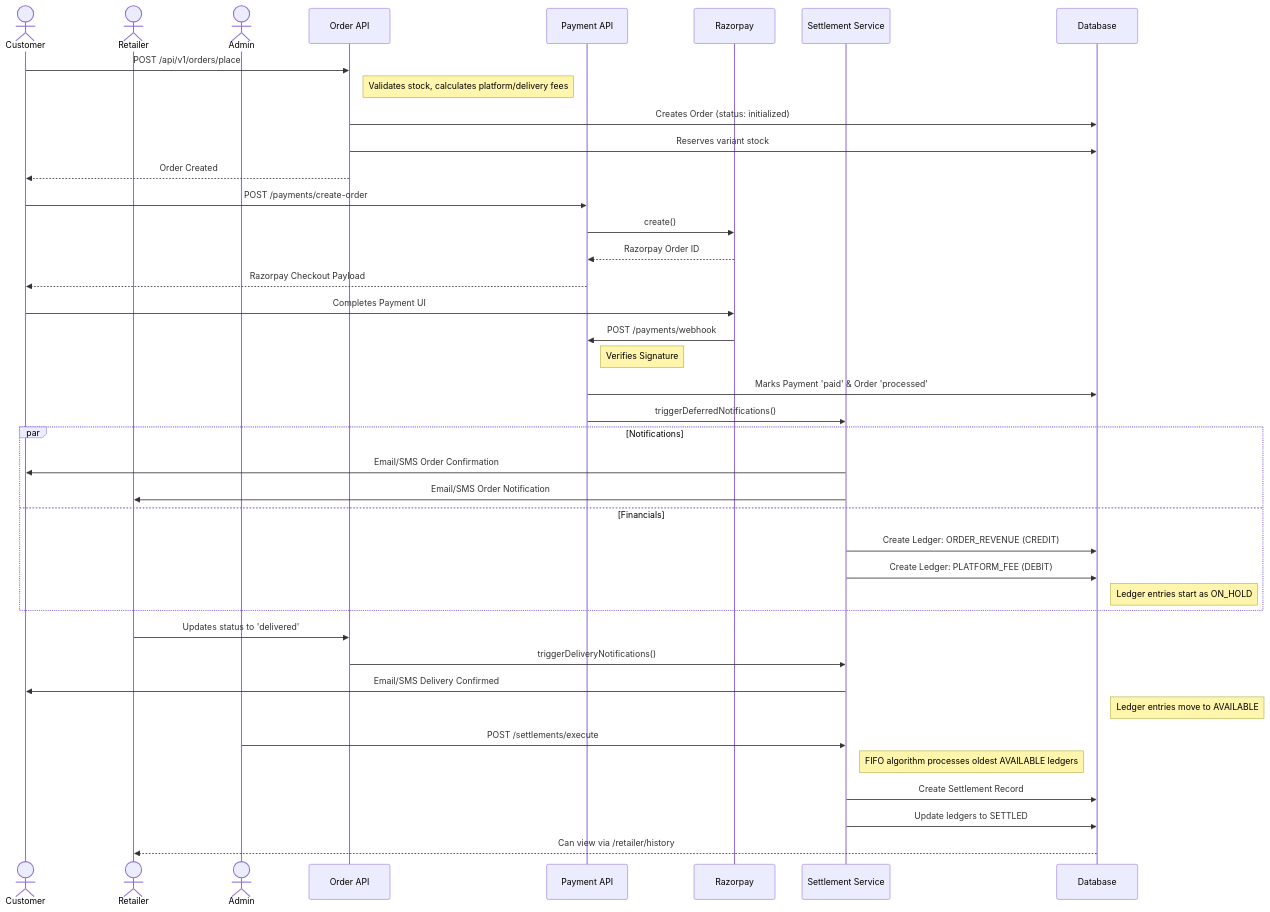
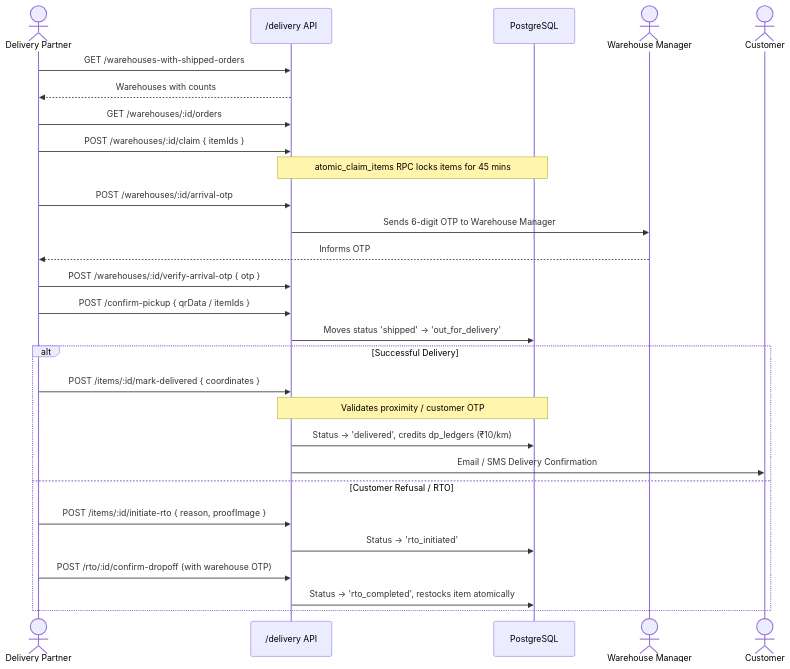
The second of 2 diagrams in server_context.md (bukizz-store/bukizz_node_server), drawn with Mermaid before and after one commit. The commit also changed other lines of this file and 14 other files, not shown here.

````diff
--- a/server_context.md
+++ b/server_context.md
@@ -1192,54 +1116,38 @@
 ```mermaid
 sequenceDiagram
-    actor Customer
-    actor Retailer
-    actor Admin
-    participant Order API
-    participant Payment API
-    participant Razorpay
-    participant Settlement Service
-    participant Database
+    actor DP as Delivery Partner
+    participant DPApi as /delivery API
+    participant DB as PostgreSQL
+    actor WH as Warehouse Manager
+    actor Cust as Customer
 
-    %% Order Placement
-    Customer->>Order API: POST /api/v1/orders/place
-    note right of Order API: Validates stock, calculates platform/delivery fees
-    Order API->>Database: Creates Order (status: initialized)
-    Order API->>Database: Reserves variant stock
-    Order API-->>Customer: Order Created
+    %% Step 1: Browse and Soft-Lock
+    DP->>DPApi: GET /warehouses-with-shipped-orders
+    DPApi-->>DP: Warehouses with counts
+    DP->>DPApi: GET /warehouses/:id/orders
+    DP->>DPApi: POST /warehouses/:id/claim { itemIds }
+    note over DPApi,DB: atomic_claim_items RPC locks items for 45 mins
 
-    %% Payment Initialization
-    Customer->>Payment API: POST /payments/create-order
-    Payment API->>Razorpay: create()
-    Razorpay-->>Payment API: Razorpay Order ID
-    Payment API-->>Customer: Razorpay Checkout Payload
+    %% Step 2: Arrival & Physical Verification
+    DP->>DPApi: POST /warehouses/:id/arrival-otp
+    DPApi->>WH: Sends 6-digit OTP to Warehouse Manager
+    WH-->>DP: Informs OTP
+    DP->>DPApi: POST /warehouses/:id/verify-arrival-otp { otp }
 
-    %% Payment Verification & Deferred Triggers
-    Customer->>Razorpay: Completes Payment UI
-    Razorpay->>Payment API: POST /payments/webhook
-    note right of Payment API: Verifies Signature
-    Payment API->>Database: Marks Payment 'paid' & Order 'processed'
+    %% Step 3: Package Pickup Scan
+    DP->>DPApi: POST /confirm-pickup { qrData / itemIds }
+    DPApi->>DB: Moves status 'shipped' -> 'out_for_delivery'
 
-    %% Settlement Ledger Creation & Notifications
-    Payment API->>Settlement Service: triggerDeferredNotifications()
-    par Notifications
-        Settlement Service->>Customer: Email/SMS Order Confirmation
-        Settlement Service->>Retailer: Email/SMS Order Notification
-    and Financials
-        Settlement Service->>Database: Create Ledger: ORDER_REVENUE (CREDIT)
-        Settlement Service->>Database: Create Ledger: PLATFORM_FEE (DEBIT)
-        note right of Database: Ledger entries start as ON_HOLD
+    %% Step 4: Final Delivery or RTO
+    alt Successful Delivery
+        DP->>DPApi: POST /items/:id/mark-delivered { coordinates }
+        note over DPApi,DB: Validates proximity / customer OTP
+        DPApi->>DB: Status -> 'delivered', credits dp_ledgers (₹10/km)
+        DPApi->>Cust: Email / SMS Delivery Confirmation
+    else Customer Refusal / RTO
+        DP->>DPApi: POST /items/:id/initiate-rto { reason, proofImage }
+        DPApi->>DB: Status -> 'rto_initiated'
+        DP->>DPApi: POST /rto/:id/confirm-dropoff (with warehouse OTP)
+        DPApi->>DB: Status -> 'rto_completed', restocks item atomically
     end
-
-    %% Order Fulfillment
-    Retailer->>Order API: Updates status to 'delivered'
-    Order API->>Settlement Service: triggerDeliveryNotifications()
-    Settlement Service->>Customer: Email/SMS Delivery Confirmed
-    note right of Database: Ledger entries move to AVAILABLE
-
-    %% Final Payout
-    Admin->>Settlement Service: POST /settlements/execute
-    note right of Settlement Service: FIFO algorithm processes oldest AVAILABLE ledgers
-    Settlement Service->>Database: Create Settlement Record
-    Settlement Service->>Database: Update ledgers to SETTLED
-    Database-->>Retailer: Can view via /retailer/history
 ```
````
